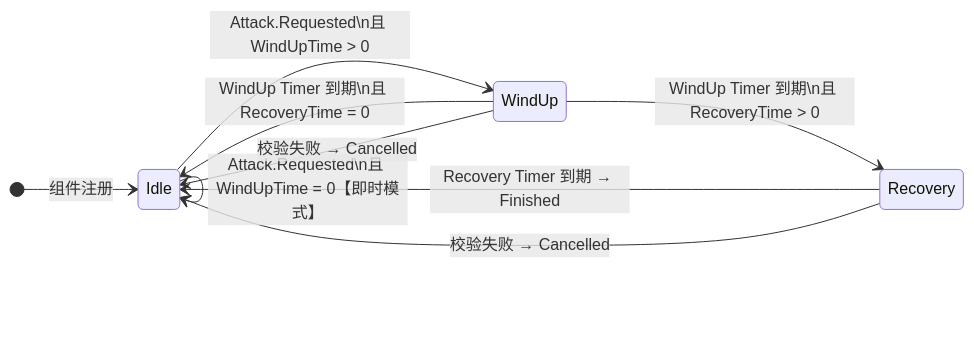
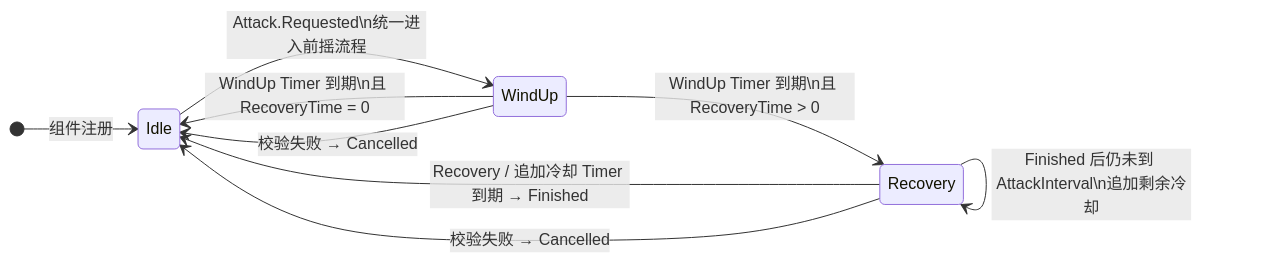
One commit to alading-2/SLimeAI-GodotC-ECS changed the diagram in Src/ECS/Base/Component/Unit/Common/AttackComponent/AttackComponent.md. Above: the diagram before and after it, drawn with Mermaid. The commit also changed other lines of this file and 104 other files, not shown here.

````diff
--- a/Src/ECS/Base/Component/Unit/Common/AttackComponent/AttackComponent.md
+++ b/Src/ECS/Base/Component/Unit/Common/AttackComponent/AttackComponent.md
@@ -9,16 +9,16 @@
 ```mermaid
 stateDiagram-v2
     direction LR
 
     [*] --> Idle : 组件注册
 
-    Idle --> WindUp : Attack.Requested\n且 WindUpTime > 0
-    Idle --> Idle : Attack.Requested\n且 WindUpTime = 0【即时模式】
+    Idle --> WindUp : Attack.Requested\n统一进入前摇流程
 
     WindUp --> Recovery : WindUp Timer 到期\n且 RecoveryTime > 0
     WindUp --> Idle    : WindUp Timer 到期\n且 RecoveryTime = 0
     WindUp --> Idle    : 校验失败 → Cancelled
 
-    Recovery --> Idle  : Recovery Timer 到期 → Finished
+    Recovery --> Recovery : Finished 后仍未到 AttackInterval\n追加剩余冷却
+    Recovery --> Idle  : Recovery / 追加冷却 Timer 到期 → Finished
     Recovery --> Idle  : 校验失败 → Cancelled
 ```
````
